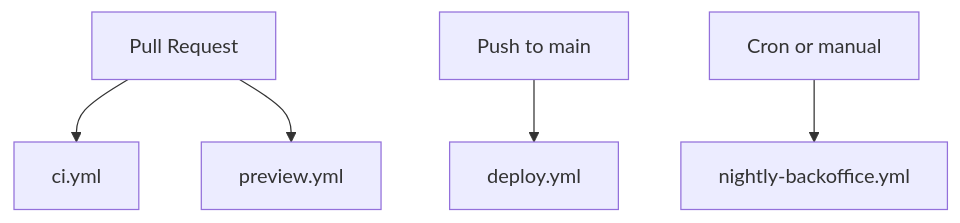
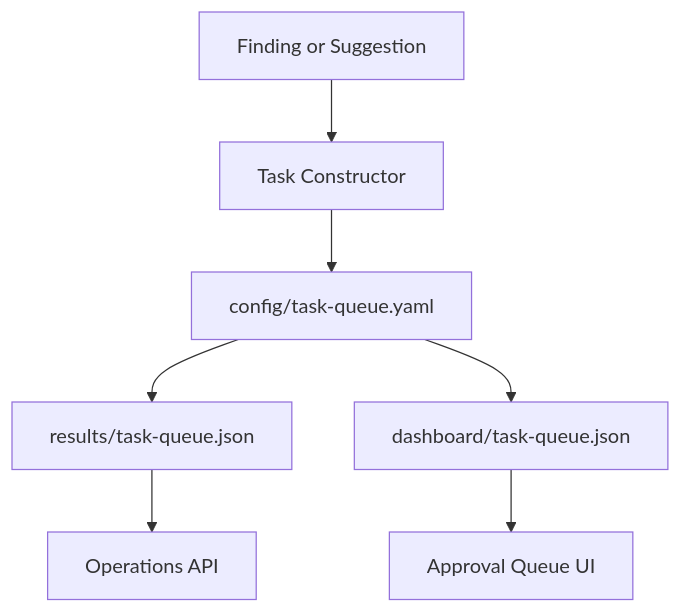
The fifth of 11 diagrams in docs/WORKFLOW-ARCHITECTURE.md (CodyJo/qa-department), drawn with Mermaid before and after one commit. The commit also changed other lines of this file and 3 other files, not shown here.

Commit message:
docs: refresh approval workflow and architecture

````diff
--- a/docs/WORKFLOW-ARCHITECTURE.md
+++ b/docs/WORKFLOW-ARCHITECTURE.md
@@ -166,7 +247,9 @@
 ```mermaid
 flowchart TD
-    PR[Pull Request] --> CI[ci.yml]
-    PR --> Preview[preview.yml]
-    Main[Push to main] --> Deploy[deploy.yml]
-    Schedule[Cron or manual] --> Nightly[nightly-backoffice.yml]
+    A[Finding or Suggestion] --> B[Task Constructor]
+    B --> C[config/task-queue.yaml]
+    C --> D[results/task-queue.json]
+    C --> E[dashboard/task-queue.json]
+    D --> F[Operations API]
+    E --> G[Approval Queue UI]
 ```
````
